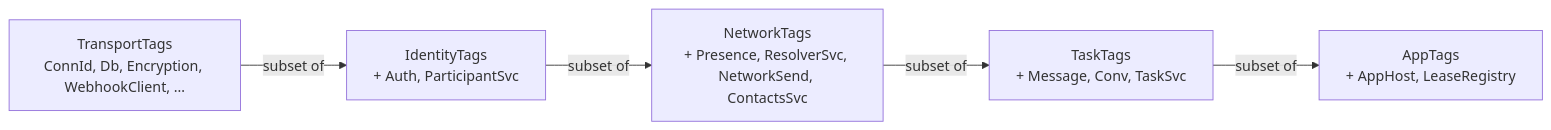
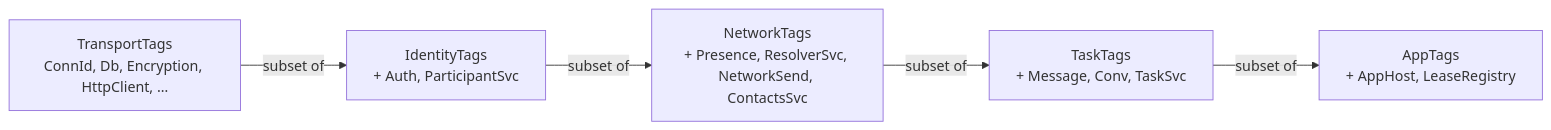
One commit to chughtapan/moltzap changed the diagram in packages/server/src/transport/README.md. Above: the diagram before and after it, drawn with Mermaid. The commit also changed other lines of this file and 19 other files, not shown here.

````diff
--- a/packages/server/src/transport/README.md
+++ b/packages/server/src/transport/README.md
@@ -12,10 +12,10 @@
 ```mermaid
 flowchart LR
-  T["TransportTags<br>ConnId, Db, Encryption, WebhookClient, …"]
+  T["TransportTags<br>ConnId, Db, Encryption, HttpClient, …"]
   I["IdentityTags<br>+ Auth, ParticipantSvc"]
   N["NetworkTags<br>+ Presence, ResolverSvc, NetworkSend, ContactsSvc"]
   K["TaskTags<br>+ Message, Conv, TaskSvc"]
   A["AppTags<br>+ AppHost, LeaseRegistry"]
 
   T -->|"subset of"| I -->|"subset of"| N -->|"subset of"| K -->|"subset of"| A
 ```
````
